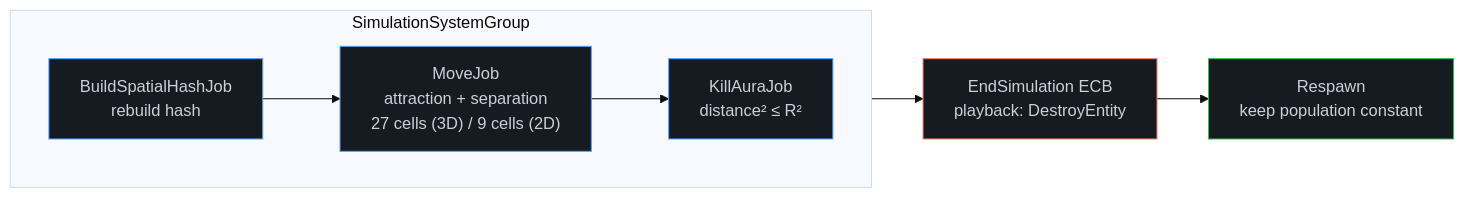
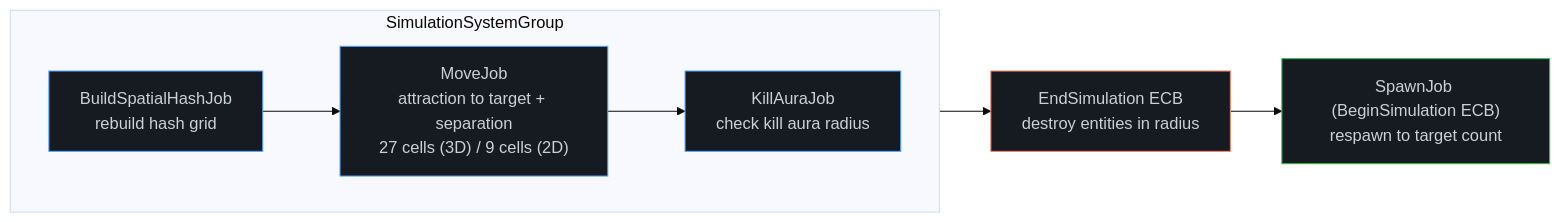
Before and after one commit to Checoffix/dots-swarm-benchmark: the diagram in README.md, drawn with Mermaid (base theme). The commit also changed other lines of this file, not shown here.

````diff
--- a/README.md
+++ b/README.md
@@ -142,17 +150,17 @@
 ```mermaid
 flowchart LR
     subgraph SIM["SimulationSystemGroup"]
         direction LR
-        A["BuildSpatialHashJob<br/>rebuild hash"] --> B["MoveJob<br/>attraction + separation<br/>27 cells (3D) / 9 cells (2D)"]
-        B --> C["KillAuraJob<br/>distance² ≤ R²"]
+        A["BuildSpatialHashJob<br/>rebuild hash grid"] --> B["MoveJob<br/>attraction to target + separation<br/>27 cells (3D) / 9 cells (2D)"]
+        B --> C["KillAuraJob<br/>check kill aura radius"]
     end
-    C --> D["EndSimulation ECB<br/>playback: DestroyEntity"]
-    D --> E["Respawn<br/>keep population constant"]
+    C --> D["EndSimulation ECB<br/>destroy entities in radius"]
+    D --> E["SpawnJob (BeginSimulation ECB)<br/>respawn to target count"]
 
     classDef job fill:#161b22,stroke:#58a6ff,color:#c9d1d9
     classDef ecb fill:#161b22,stroke:#f78166,color:#c9d1d9
     classDef spawn fill:#161b22,stroke:#3fb950,color:#c9d1d9
     class A,B,C job
     class D ecb
     class E spawn
 ```
````
